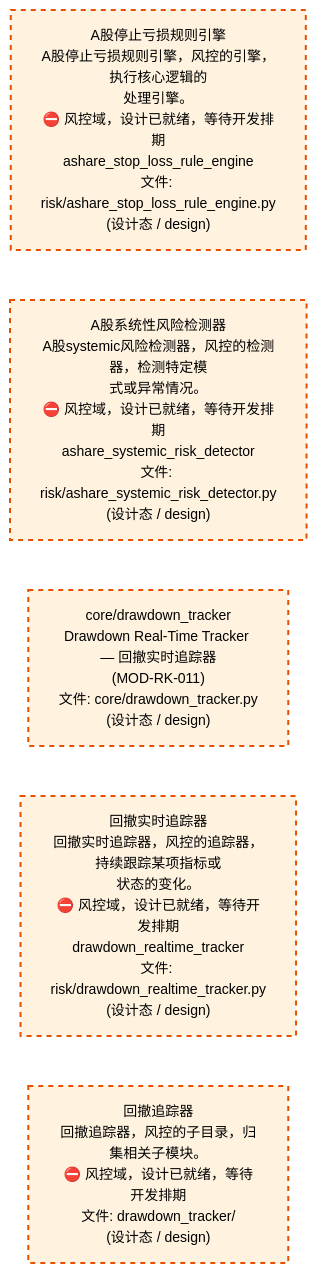
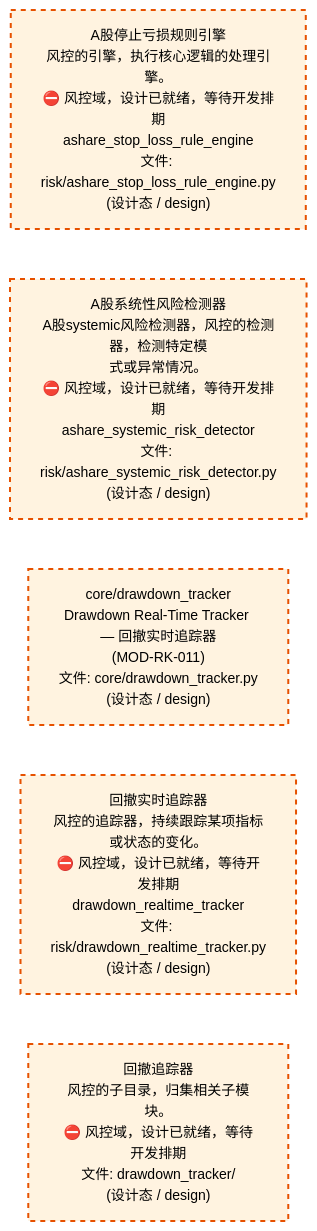
The third of 4 diagrams in docs/02_enterprise_architecture/02_domain_architecture_docs/65_d_risk.md (xuanFelixVan/ZephyrAlpha), drawn with Mermaid before and after one commit. The commit also changed other lines of this file and 61 other files, not shown here.

````diff
--- a/docs/02_enterprise_architecture/02_domain_architecture_docs/65_d_risk.md
+++ b/docs/02_enterprise_architecture/02_domain_architecture_docs/65_d_risk.md
@@ -183,18 +185,18 @@
 ```mermaid
 %%{init: {'theme': 'base', 'themeVariables': {'primaryColor': '#eaeaea', 'primaryTextColor': '#333333', 'primaryBorderColor': '#666666', 'lineColor': '#666666', 'secondaryColor': '#eaeaea', 'tertiaryColor': '#eaeaea', 'fontSize': '14px'}}}%%
 flowchart TD
-    src_zephyr_risk_ashare_stop_loss_rule_engine_py["A股停止亏损规则引擎<br/>A股停止亏损规则引擎，风控的引擎，执行核心逻辑的<br/>处理引擎。<br/>⛔ 风控域，设计已就绪，等待开发排期<br/>ashare_stop_loss_rule_engine<br/>文件: risk/ashare_stop_loss_rule_engine.py<br/>(设计态 / design)"]
+    src_zephyr_risk_ashare_stop_loss_rule_engine_py["A股停止亏损规则引擎<br/>风控的引擎，执行核心逻辑的处理引擎。<br/>⛔ 风控域，设计已就绪，等待开发排期<br/>ashare_stop_loss_rule_engine<br/>文件: risk/ashare_stop_loss_rule_engine.py<br/>(设计态 / design)"]
     src_zephyr_risk_ashare_systemic_risk_detector_py["A股系统性风险检测器<br/>A股systemic风险检测器，风控的检测器，检测特定模<br/>式或异常情况。<br/>⛔ 风控域，设计已就绪，等待开发排期<br/>ashare_systemic_risk_detector<br/>文件: risk/ashare_systemic_risk_detector.py<br/>(设计态 / design)"]
     src_zephyr_risk_core_drawdown_tracker_py["core/drawdown_tracker<br/>Drawdown Real-Time Tracker — 回撤实时追踪器<br/>(MOD-RK-011)<br/>文件: core/drawdown_tracker.py<br/>(设计态 / design)"]
-    src_zephyr_risk_drawdown_realtime_tracker_py["回撤实时追踪器<br/>回撤实时追踪器，风控的追踪器，持续跟踪某项指标或<br/>状态的变化。<br/>⛔ 风控域，设计已就绪，等待开发排期<br/>drawdown_realtime_tracker<br/>文件: risk/drawdown_realtime_tracker.py<br/>(设计态 / design)"]
-    src_zephyr_risk_drawdown_tracker["回撤追踪器<br/>回撤追踪器，风控的子目录，归集相关子模块。<br/>⛔ 风控域，设计已就绪，等待开发排期<br/>文件: drawdown_tracker/<br/>(设计态 / design)"]
+    src_zephyr_risk_drawdown_realtime_tracker_py["回撤实时追踪器<br/>风控的追踪器，持续跟踪某项指标或状态的变化。<br/>⛔ 风控域，设计已就绪，等待开发排期<br/>drawdown_realtime_tracker<br/>文件: risk/drawdown_realtime_tracker.py<br/>(设计态 / design)"]
+    src_zephyr_risk_drawdown_tracker["回撤追踪器<br/>风控的子目录，归集相关子模块。<br/>⛔ 风控域，设计已就绪，等待开发排期<br/>文件: drawdown_tracker/<br/>(设计态 / design)"]
     src_zephyr_risk_ashare_stop_loss_rule_engine_py ~~~ src_zephyr_risk_ashare_systemic_risk_detector_py
     src_zephyr_risk_ashare_systemic_risk_detector_py ~~~ src_zephyr_risk_core_drawdown_tracker_py
     src_zephyr_risk_core_drawdown_tracker_py ~~~ src_zephyr_risk_drawdown_realtime_tracker_py
     src_zephyr_risk_drawdown_realtime_tracker_py ~~~ src_zephyr_risk_drawdown_tracker
     classDef production fill:#e1f5fe,stroke:#01579b,stroke-width:2px,color:#000
     classDef design fill:#fff3e0,stroke:#e65100,stroke-width:2px,color:#000,stroke-dasharray: 5 5
     classDef external_prod fill:#e8f4fd,stroke:#0277bd,stroke-width:1px,color:#000
     classDef external_design fill:#fff8e7,stroke:#ef6c00,stroke-width:1px,color:#000,stroke-dasharray: 5 5
     class src_zephyr_risk_ashare_stop_loss_rule_engine_py,src_zephyr_risk_ashare_systemic_risk_detector_py,src_zephyr_risk_core_drawdown_tracker_py,src_zephyr_risk_drawdown_realtime_tracker_py,src_zephyr_risk_drawdown_tracker design
 ```
````
